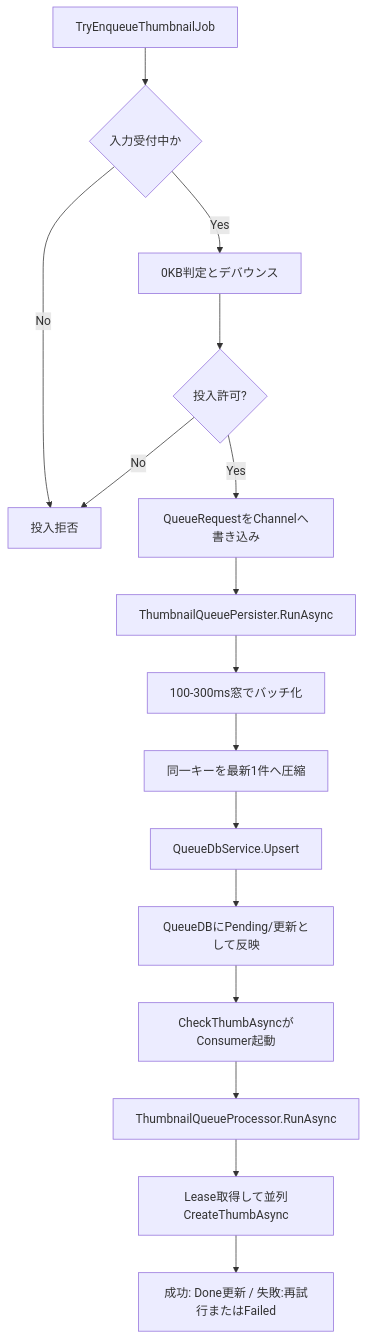
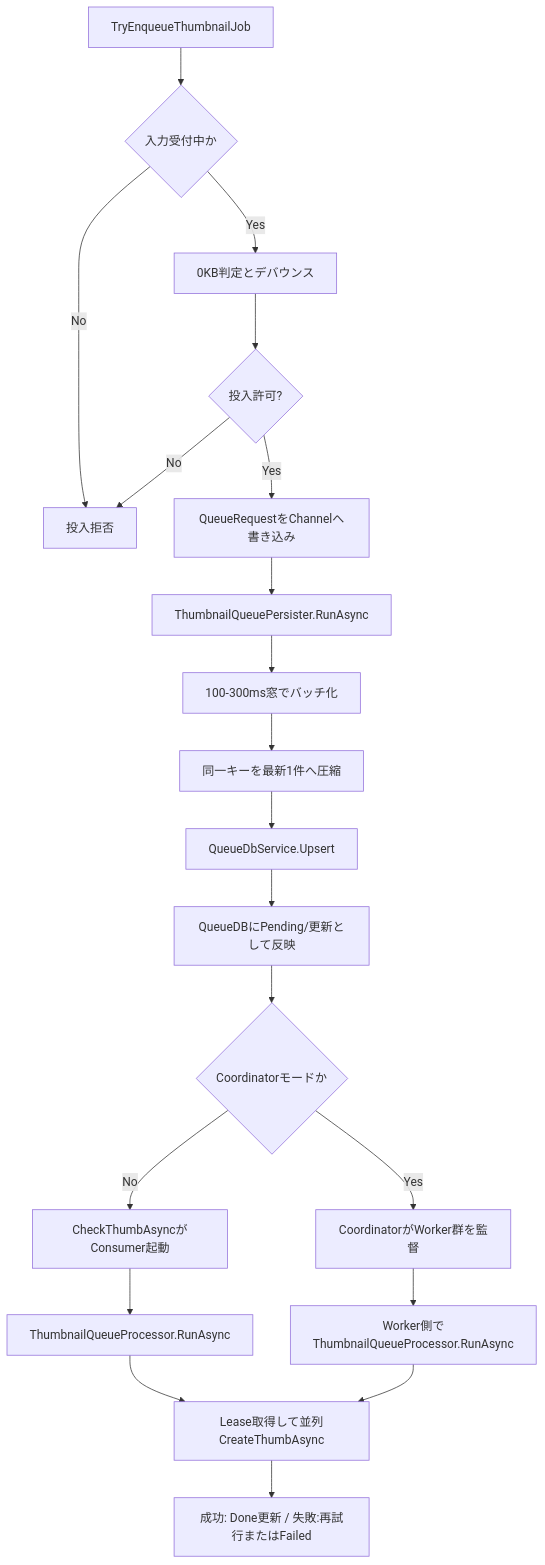
Before and after one commit to T-Hamada0101/IndigoMovieManager_fork: the diagram in Docs/サムネイル作成管理フロー_2026-03-07.md, drawn with Mermaid. The commit also changed other lines of this file and 25 other files, not shown here.

````diff
--- a/Docs/サムネイル作成管理フロー_2026-03-07.md
+++ b/Docs/サムネイル作成管理フロー_2026-03-07.md
@@ -27,18 +30,22 @@
 ```mermaid
 flowchart TD
     A[TryEnqueueThumbnailJob] --> B{入力受付中か}
     B -- No --> Z1[投入拒否]
     B -- Yes --> C[0KB判定とデバウンス]
     C --> D{投入許可?}
     D -- No --> Z1
     D -- Yes --> E[QueueRequestをChannelへ書き込み]
     E --> F[ThumbnailQueuePersister.RunAsync]
     F --> G[100-300ms窓でバッチ化]
     G --> H[同一キーを最新1件へ圧縮]
     H --> I[QueueDbService.Upsert]
     I --> J[QueueDBにPending/更新として反映]
-    J --> K[CheckThumbAsyncがConsumer起動]
-    K --> L[ThumbnailQueueProcessor.RunAsync]
-    L --> M[Lease取得して並列CreateThumbAsync]
-    M --> N[成功: Done更新 / 失敗:再試行またはFailed]
+    J --> K{Coordinatorモードか}
+    K -- No --> L[CheckThumbAsyncがConsumer起動]
+    L --> M[ThumbnailQueueProcessor.RunAsync]
+    M --> N[Lease取得して並列CreateThumbAsync]
+    K -- Yes --> O[CoordinatorがWorker群を監督]
+    O --> P[Worker側でThumbnailQueueProcessor.RunAsync]
+    P --> N
+    N --> Q[成功: Done更新 / 失敗:再試行またはFailed]
 ```
````
